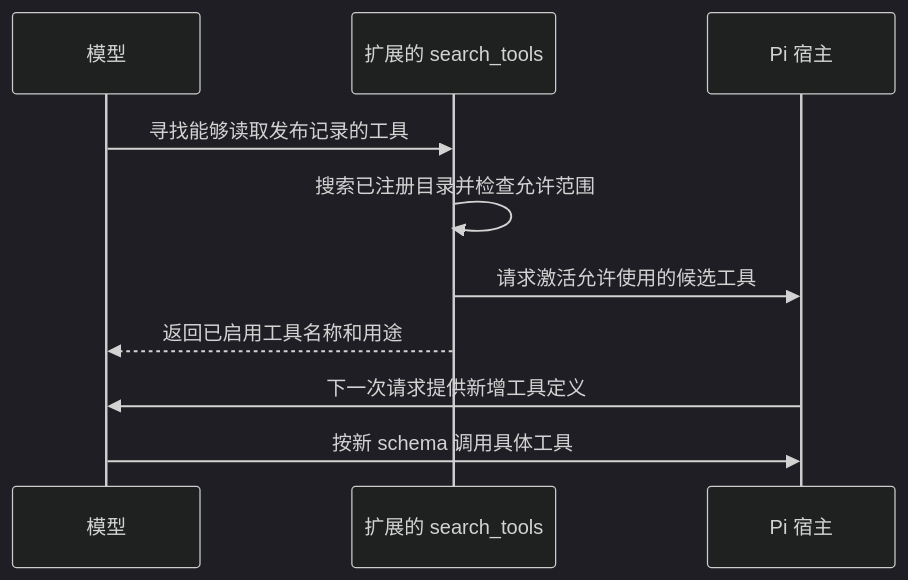
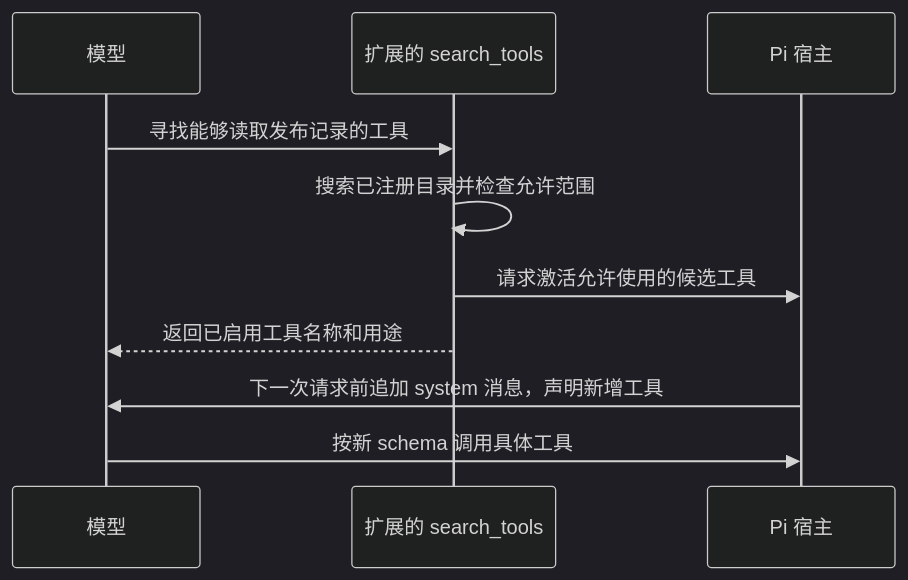
One commit to Dante-dan/pi-agent-book changed the second of 2 diagrams in book/05-tools.md. Above: the diagram before and after it, drawn with Mermaid (dark theme). The commit also changed 4 other files, not shown here.

Commit message:
Update Mermaid diagrams for Pi 0.87.1 and rerun syntax check

````diff
--- a/book/05-tools.md
+++ b/book/05-tools.md
@@ -269,12 +269,12 @@
 ```mermaid
 sequenceDiagram
     participant M as 模型
     participant S as 扩展的 search_tools
     participant P as Pi 宿主
     M->>S: 寻找能够读取发布记录的工具
     S->>S: 搜索已注册目录并检查允许范围
     S->>P: 请求激活允许使用的候选工具
     S-->>M: 返回已启用工具名称和用途
-    P->>M: 下一次请求提供新增工具定义
+    P->>M: 下一次请求前追加 system 消息，声明新增工具
     M->>P: 按新 schema 调用具体工具
 ```
````
